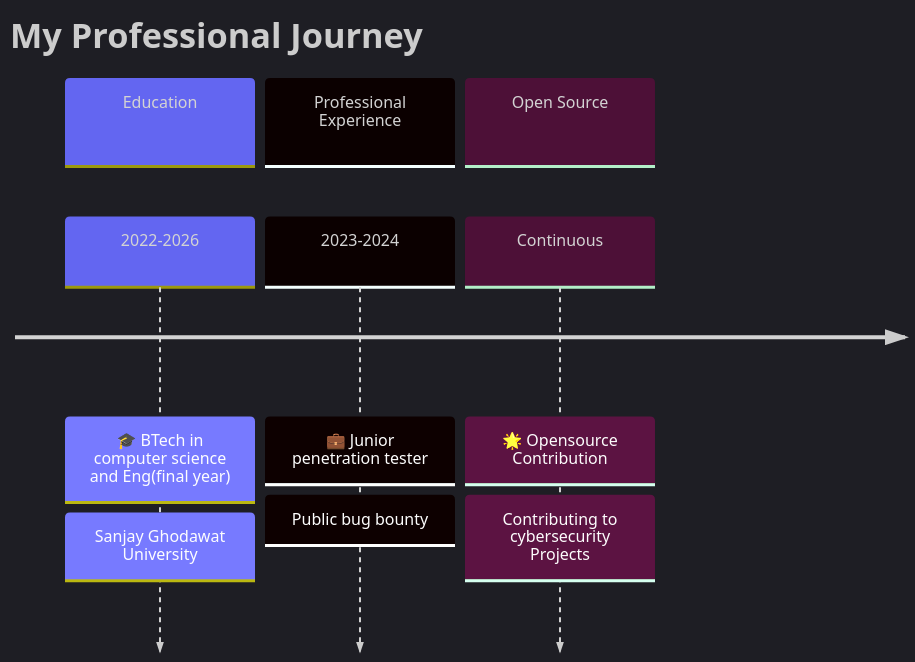
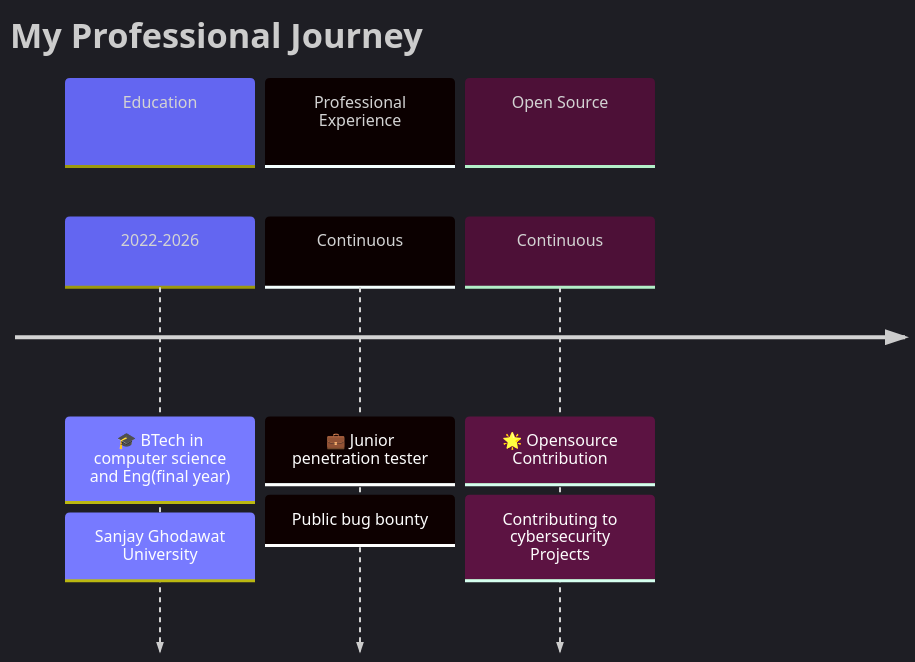
The diagram in README.md (veetaragpatil/veetaragpatil), drawn with Mermaid before and after one commit.

Commit message:
Update job duration for Junior penetration tester

````diff
--- a/README.md
+++ b/README.md
@@ -45,14 +45,14 @@
 ```mermaid
 %%{init: {'theme':'dark', 'themeVariables': {'primaryColor':'#6366F1','primaryTextColor':'#fff','primaryBorderColor':'#818CF8','lineColor':'#A5B4FC','secondaryColor':'#4F46E5','tertiaryColor':'#312E81'}}}%%
 timeline
     title My Professional Journey
     section Education
         2022-2026 : 🎓 BTech in computer science and Eng(final year)
                   : Sanjay Ghodawat University
     section Professional Experience
-        2023-2024 : 💼 Junior penetration tester
+        Continuous : 💼 Junior penetration tester
                   : Public bug bounty
     section Open Source
         Continuous : 🌟 Opensource Contribution
              : Contributing to cybersecurity Projects
 ```
````
